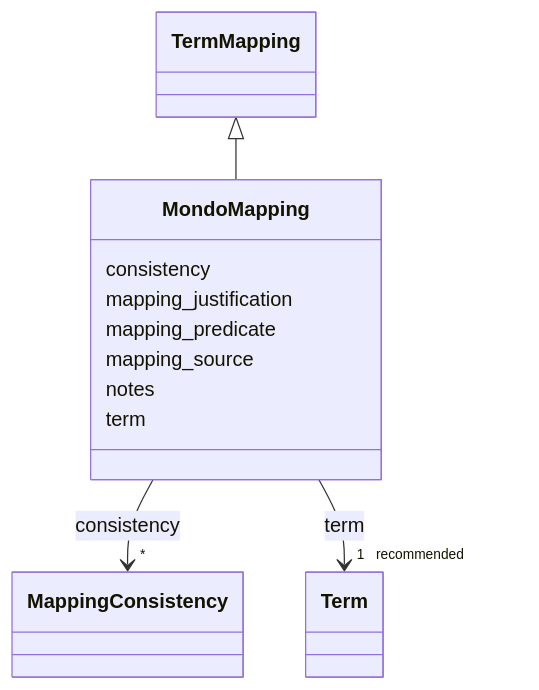
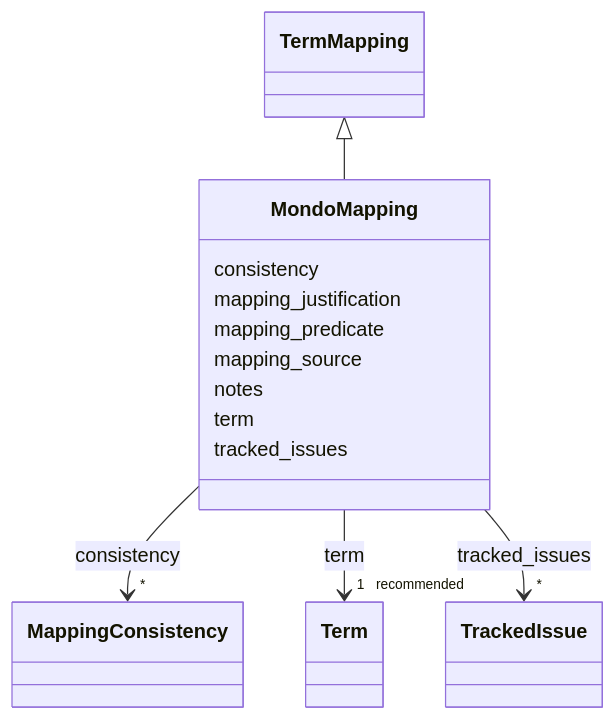
The diagram in docs/schema/classes/MondoMapping.md (monarch-initiative/dismech), drawn with Mermaid before and after one commit. The commit also changed other lines of this file and 1343 other files, not shown here.

First line of the commit message:
docs: regenerate schema docs and point design-decisions link at rendered page

````diff
--- a/docs/schema/classes/MondoMapping.md
+++ b/docs/schema/classes/MondoMapping.md
@@ -18,39 +18,50 @@
 ```mermaid
  classDiagram
     class MondoMapping
     click MondoMapping href "../../classes/MondoMapping/"
       TermMapping <|-- MondoMapping
         click TermMapping href "../../classes/TermMapping/"
       
       MondoMapping : consistency
         
           
     
         
         
         MondoMapping --> "*" MappingConsistency : consistency
         click MappingConsistency href "../../classes/MappingConsistency/"
     
 
         
       MondoMapping : mapping_justification
         
       MondoMapping : mapping_predicate
         
       MondoMapping : mapping_source
         
       MondoMapping : notes
         
       MondoMapping : term
         
           
     
         
         
         MondoMapping --> "1 _recommended_" Term : term
         click Term href "../../classes/Term/"
     
 
         
+      MondoMapping : tracked_issues
+        
+          
+    
+        
+        
+        MondoMapping --> "*" TrackedIssue : tracked_issues
+        click TrackedIssue href "../../classes/TrackedIssue/"
+    
+
+        
       
 ```
````
